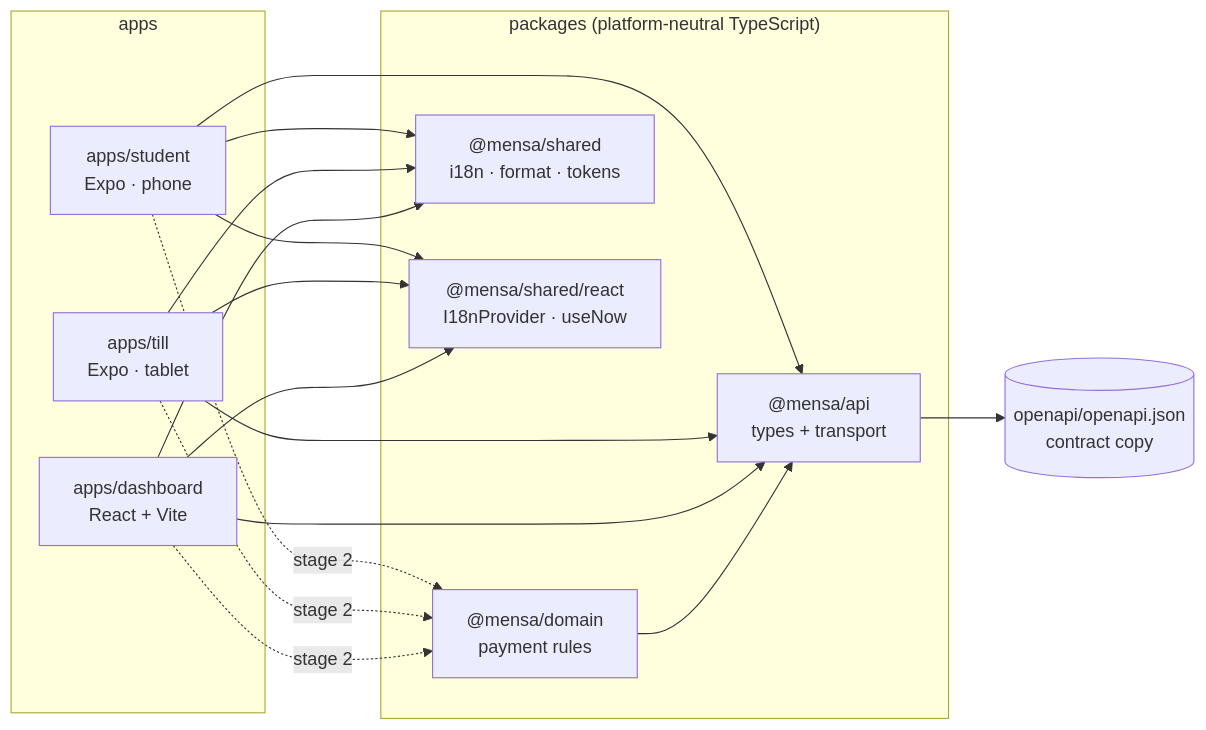
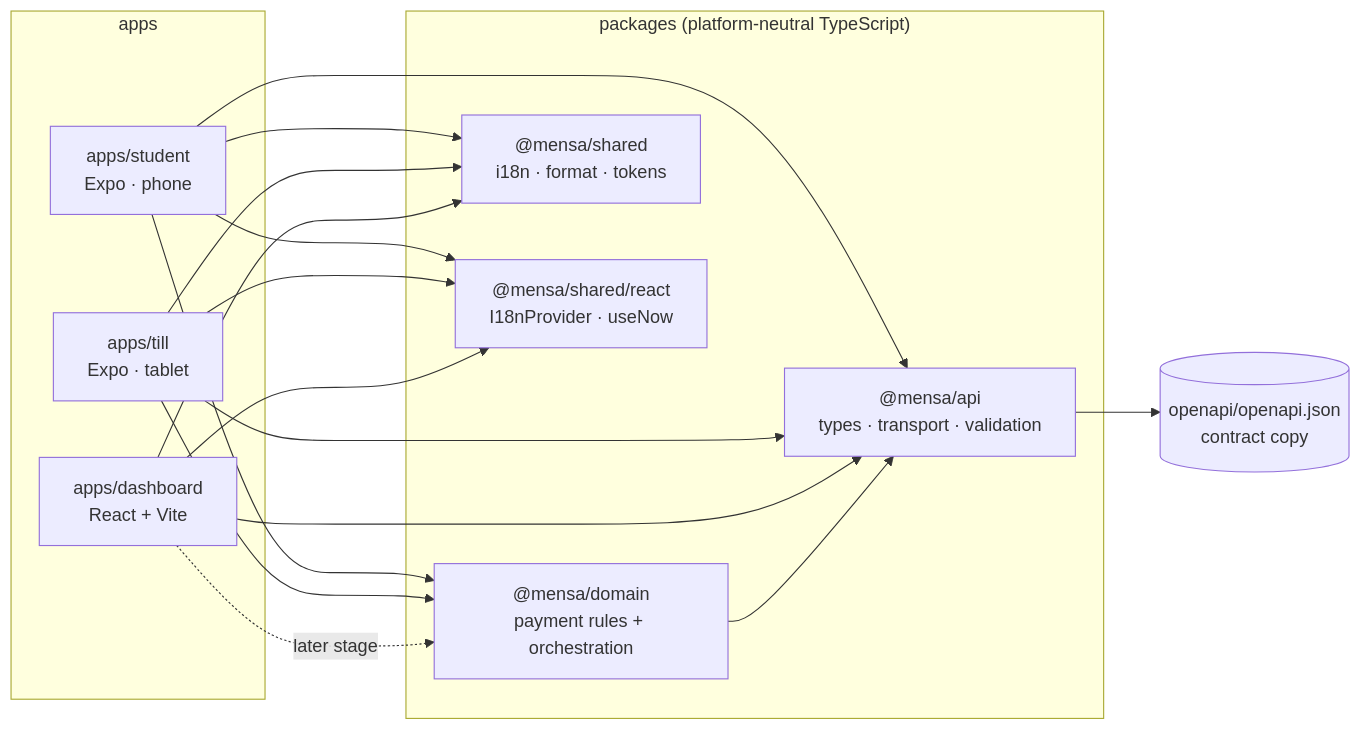
Before and after one commit to omerarslnn/zahln-take-home: the first of 2 diagrams in docs/architecture.md, drawn with Mermaid. The commit also changed other lines of this file and 71 other files, not shown here.

````diff
--- a/docs/architecture.md
+++ b/docs/architecture.md
@@ -5,22 +5,20 @@
 ```mermaid
 flowchart LR
   subgraph apps
     S["apps/student<br/>Expo · phone"]
     T["apps/till<br/>Expo · tablet"]
     D["apps/dashboard<br/>React + Vite"]
   end
   subgraph packages["packages (platform-neutral TypeScript)"]
-    DOM["@mensa/domain<br/>payment rules"]
-    API["@mensa/api<br/>types + transport"]
+    DOM["@mensa/domain<br/>payment rules + orchestration"]
+    API["@mensa/api<br/>types · transport · validation"]
     SH["@mensa/shared<br/>i18n · format · tokens"]
     SHR["@mensa/shared/react<br/>I18nProvider · useNow"]
   end
-  S --> API & SH & SHR
-  T --> API & SH & SHR
+  S --> DOM & API & SH & SHR
+  T --> DOM & API & SH & SHR
   D --> API & SH & SHR
-  S -. stage 2 .-> DOM
-  T -. stage 2 .-> DOM
-  D -. stage 2 .-> DOM
+  D -. later stage .-> DOM
   DOM --> API
   API --> OAS[("openapi/openapi.json<br/>contract copy")]
 ```
````
